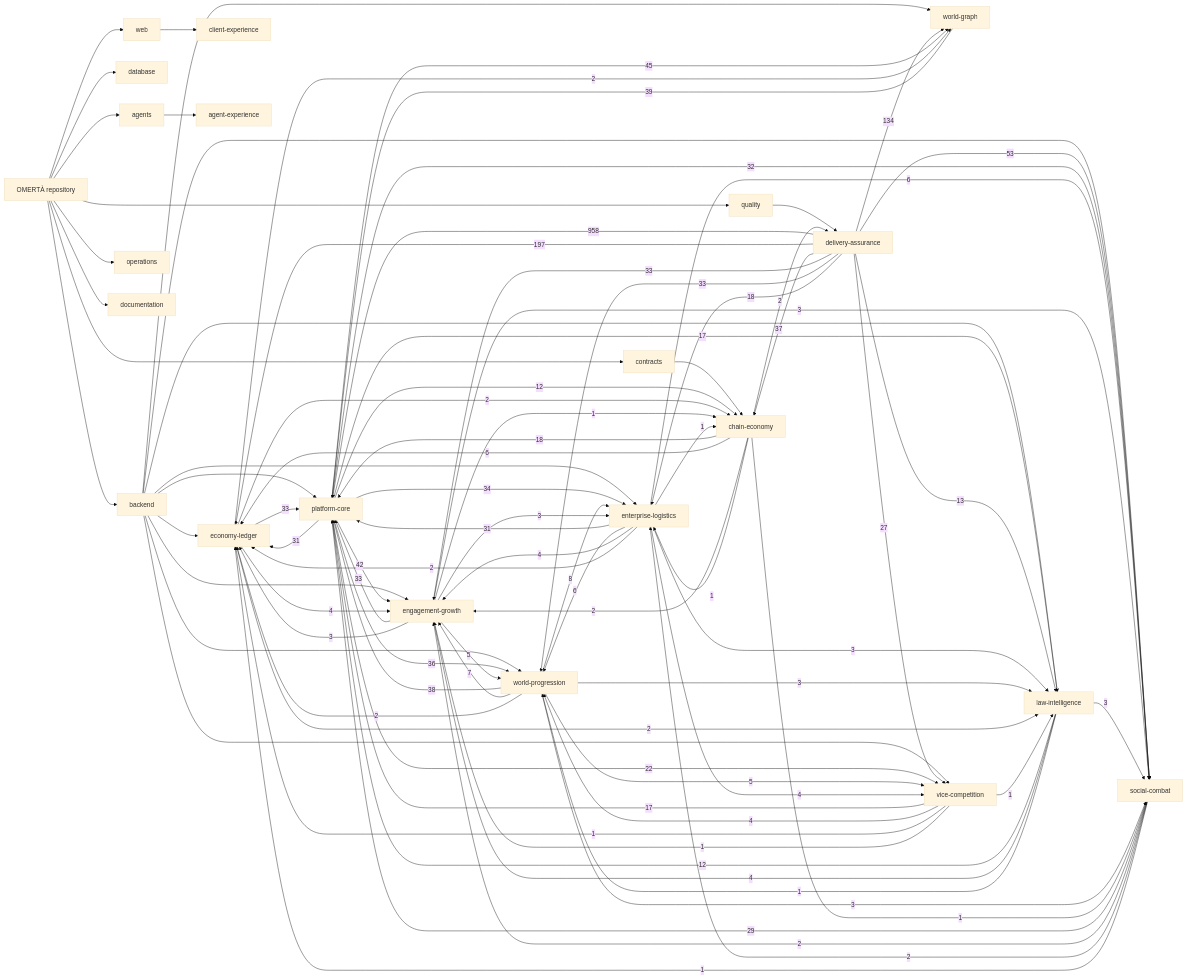
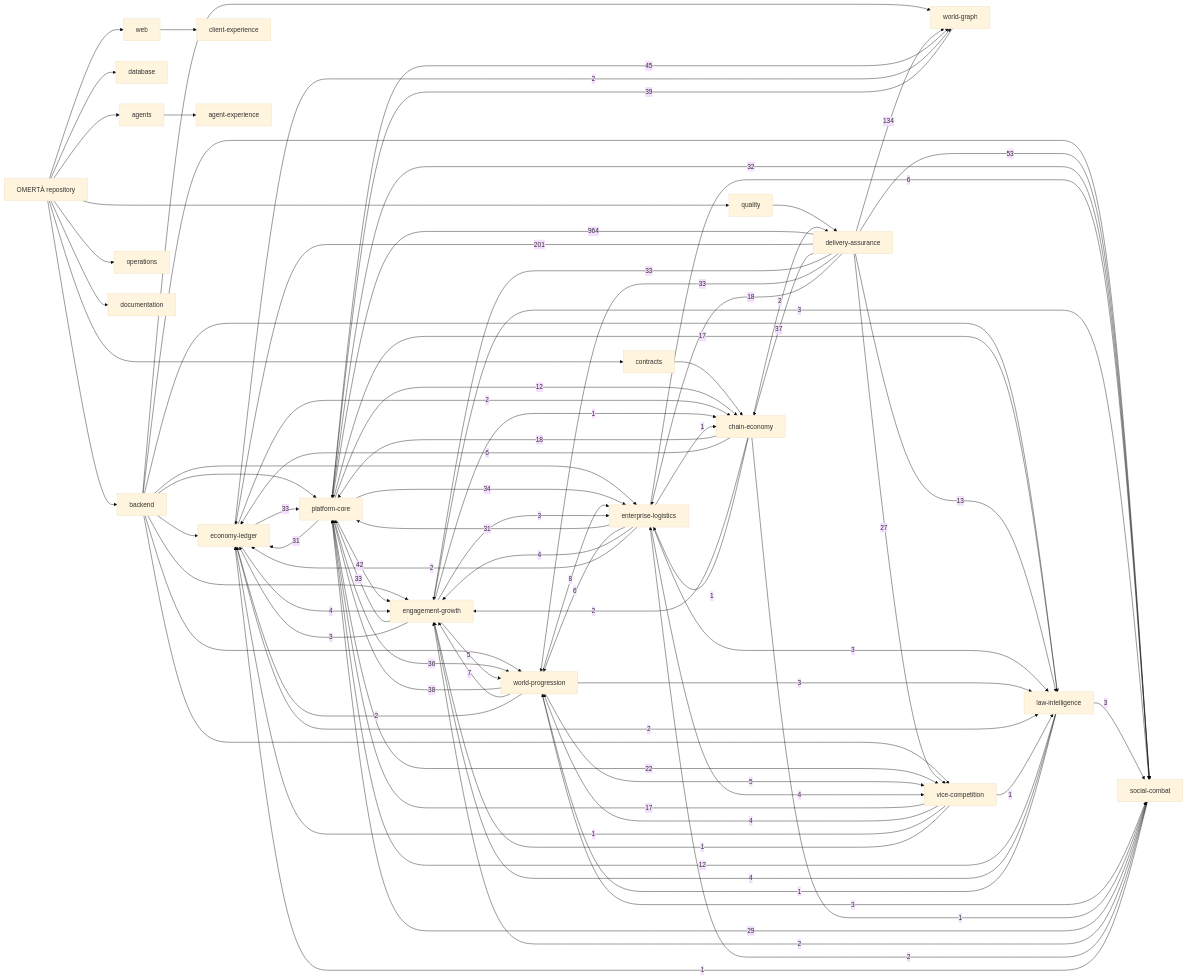
One commit to OmertaDev/Omerta changed the diagram in knowledge/generated/graph.mmd. Above: the diagram before and after it, drawn with Mermaid (base theme). The commit also changed 6 other files, not shown here.

```diff
--- a/knowledge/generated/graph.mmd
+++ b/knowledge/generated/graph.mmd
@@ -1,109 +1,109 @@
 flowchart LR
   repo["OMERTÀ repository"]
   sub_backend["backend"]
   repo --> sub_backend
   sub_database["database"]
   repo --> sub_database
   sub_web["web"]
   repo --> sub_web
   sub_contracts["contracts"]
   repo --> sub_contracts
   sub_agents["agents"]
   repo --> sub_agents
   sub_quality["quality"]
   repo --> sub_quality
   sub_operations["operations"]
   repo --> sub_operations
   sub_documentation["documentation"]
   repo --> sub_documentation
   dom_platform-core["platform-core"]
   dom_economy-ledger["economy-ledger"]
   dom_social-combat["social-combat"]
   dom_world-progression["world-progression"]
   dom_world-graph["world-graph"]
   dom_enterprise-logistics["enterprise-logistics"]
   dom_vice-competition["vice-competition"]
   dom_law-intelligence["law-intelligence"]
   dom_chain-economy["chain-economy"]
   dom_engagement-growth["engagement-growth"]
   dom_client-experience["client-experience"]
   dom_agent-experience["agent-experience"]
   dom_delivery-assurance["delivery-assurance"]
   sub_agents --> dom_agent-experience
   sub_backend --> dom_economy-ledger
   sub_backend --> dom_engagement-growth
   sub_backend --> dom_enterprise-logistics
   sub_backend --> dom_law-intelligence
   sub_backend --> dom_platform-core
   sub_backend --> dom_social-combat
   sub_backend --> dom_vice-competition
   sub_backend --> dom_world-graph
   sub_backend --> dom_world-progression
   sub_contracts --> dom_chain-economy
   sub_quality --> dom_delivery-assurance
   sub_web --> dom_client-experience
-  dom_delivery-assurance -->|958| dom_platform-core
-  dom_delivery-assurance -->|197| dom_economy-ledger
+  dom_delivery-assurance -->|964| dom_platform-core
+  dom_delivery-assurance -->|201| dom_economy-ledger
   dom_delivery-assurance -->|134| dom_world-graph
   dom_delivery-assurance -->|53| dom_social-combat
   dom_platform-core -->|45| dom_world-graph
   dom_platform-core -->|42| dom_engagement-growth
   dom_world-graph -->|39| dom_platform-core
   dom_world-progression -->|38| dom_platform-core
   dom_delivery-assurance -->|37| dom_chain-economy
   dom_platform-core -->|36| dom_world-progression
   dom_platform-core -->|34| dom_enterprise-logistics
   dom_delivery-assurance -->|33| dom_engagement-growth
   dom_delivery-assurance -->|33| dom_world-progression
   dom_economy-ledger -->|33| dom_platform-core
   dom_engagement-growth -->|33| dom_platform-core
   dom_platform-core -->|32| dom_social-combat
   dom_enterprise-logistics -->|31| dom_platform-core
   dom_platform-core -->|31| dom_economy-ledger
   dom_social-combat -->|29| dom_platform-core
   dom_delivery-assurance -->|27| dom_vice-competition
   dom_platform-core -->|22| dom_vice-competition
   dom_chain-economy -->|18| dom_platform-core
   dom_delivery-assurance -->|18| dom_enterprise-logistics
   dom_platform-core -->|17| dom_law-intelligence
   dom_vice-competition -->|17| dom_platform-core
   dom_delivery-assurance -->|13| dom_law-intelligence
   dom_law-intelligence -->|12| dom_platform-core
   dom_platform-core -->|12| dom_chain-economy
   dom_world-progression -->|8| dom_enterprise-logistics
   dom_world-progression -->|7| dom_engagement-growth
   dom_chain-economy -->|6| dom_economy-ledger
   dom_enterprise-logistics -->|6| dom_social-combat
   dom_enterprise-logistics -->|6| dom_world-progression
   dom_engagement-growth -->|5| dom_world-progression
   dom_world-progression -->|5| dom_vice-competition
   dom_economy-ledger -->|4| dom_engagement-growth
   dom_enterprise-logistics -->|4| dom_engagement-growth
   dom_enterprise-logistics -->|4| dom_vice-competition
   dom_law-intelligence -->|4| dom_engagement-growth
   dom_vice-competition -->|4| dom_world-progression
   dom_engagement-growth -->|3| dom_economy-ledger
   dom_engagement-growth -->|3| dom_enterprise-logistics
   dom_engagement-growth -->|3| dom_social-combat
   dom_enterprise-logistics -->|3| dom_law-intelligence
   dom_law-intelligence -->|3| dom_social-combat
   dom_world-progression -->|3| dom_law-intelligence
   dom_world-progression -->|3| dom_social-combat
   dom_chain-economy -->|2| dom_delivery-assurance
   dom_chain-economy -->|2| dom_engagement-growth
   dom_economy-ledger -->|2| dom_chain-economy
   dom_economy-ledger -->|2| dom_law-intelligence
   dom_economy-ledger -->|2| dom_world-graph
   dom_enterprise-logistics -->|2| dom_economy-ledger
   dom_social-combat -->|2| dom_engagement-growth
   dom_social-combat -->|2| dom_enterprise-logistics
   dom_world-progression -->|2| dom_economy-ledger
   dom_chain-economy -->|1| dom_enterprise-logistics
   dom_chain-economy -->|1| dom_social-combat
   dom_engagement-growth -->|1| dom_chain-economy
   dom_enterprise-logistics -->|1| dom_chain-economy
   dom_law-intelligence -->|1| dom_world-progression
   dom_social-combat -->|1| dom_economy-ledger
   dom_vice-competition -->|1| dom_economy-ledger
   dom_vice-competition -->|1| dom_engagement-growth
   dom_vice-competition -->|1| dom_law-intelligence
```
